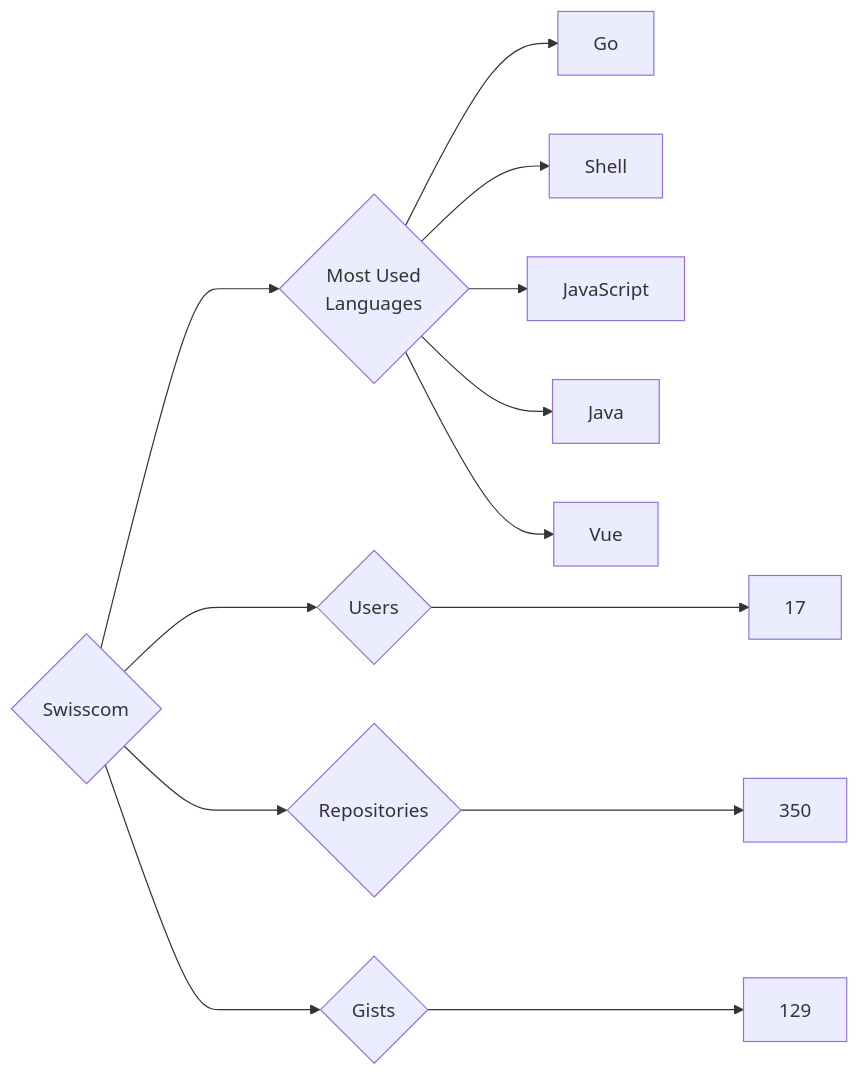
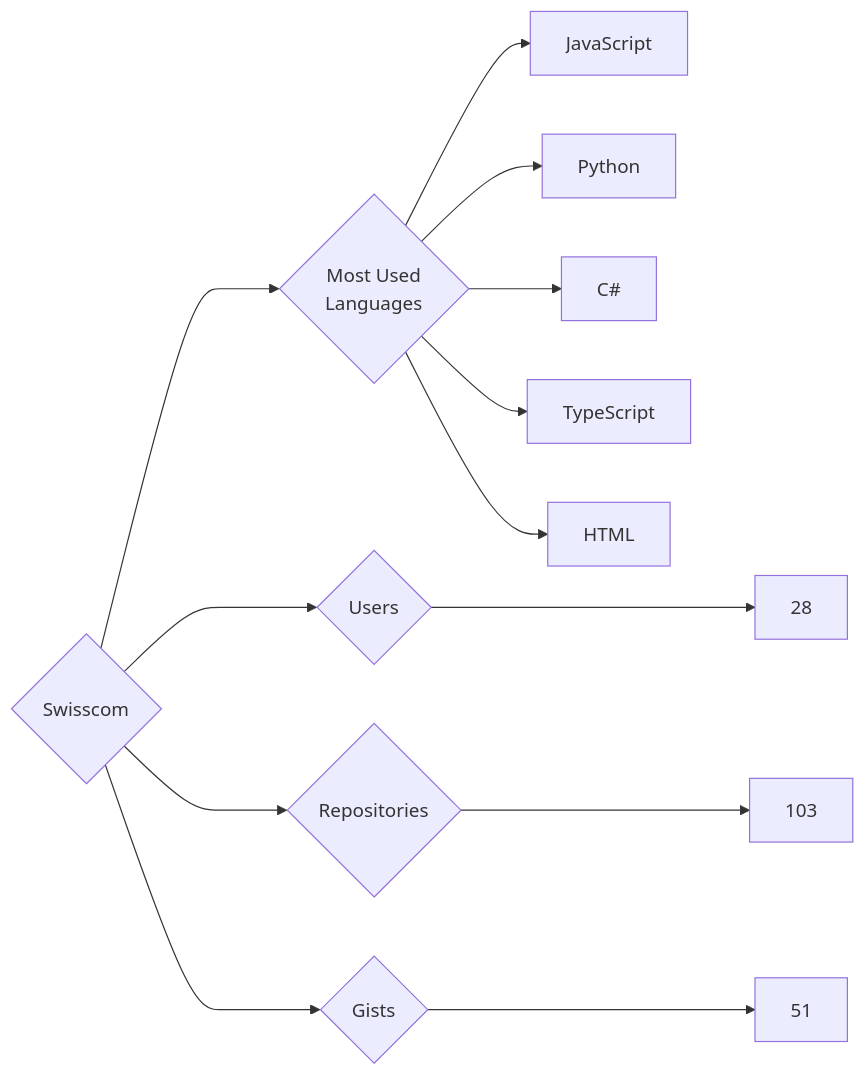
One commit to trickest/insiders changed the diagram in targets/Swisscom/README.md. Above: the diagram before and after it, drawn with Mermaid. The commit also changed 597 other files, not shown here.

````diff
--- a/targets/Swisscom/README.md
+++ b/targets/Swisscom/README.md
@@ -3,13 +3,13 @@
 ```mermaid
 graph LR
 COMPANY_NAME{Swisscom}
-COMPANY_NAME ---> U{Users} ---> UN[17]
-COMPANY_NAME ---> R{Repositories} ---> RN[350]
-COMPANY_NAME ---> G{Gists} ---> GN[129]
+COMPANY_NAME ---> U{Users} ---> UN[28]
+COMPANY_NAME ---> R{Repositories} ---> RN[103]
+COMPANY_NAME ---> G{Gists} ---> GN[51]
 COMPANY_NAME ---> ML{Most Used<br>Languages}
-ML --> Go[Go]
-ML --> Shell[Shell]
 ML --> JavaScript[JavaScript]
-ML --> Java[Java]
-ML --> Vue[Vue]
+ML --> Python[Python]
+ML --> C#[C#]
+ML --> TypeScript[TypeScript]
+ML --> HTML[HTML]
 ```
````
